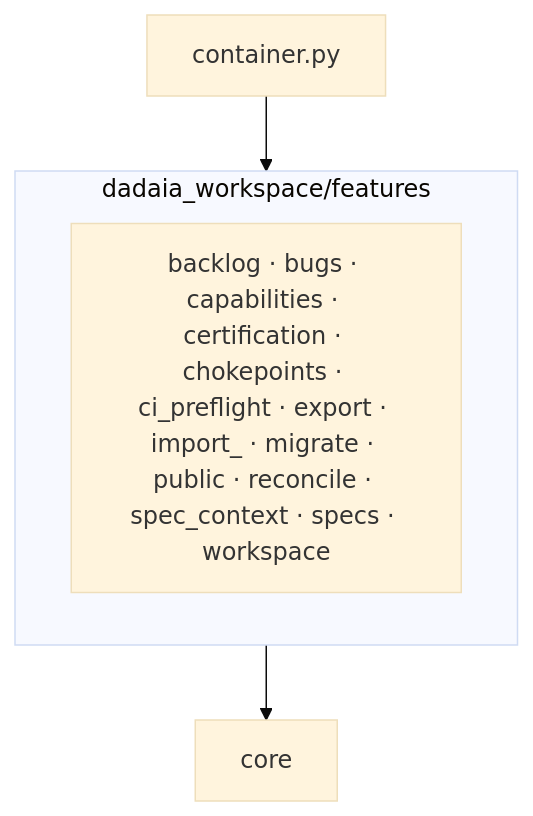
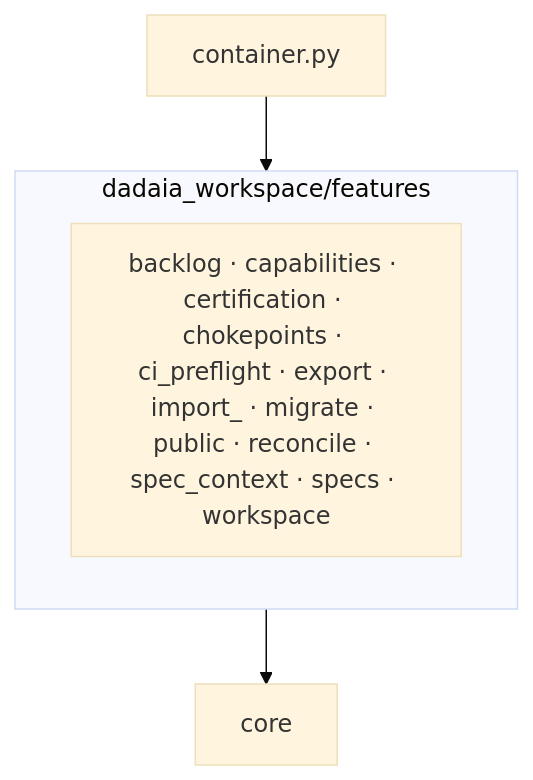
The second of 2 diagrams in specs/memory/ARCHITECTURE.md (marcoaureliomenezes/dadaia-workspace), drawn with Mermaid (base theme) before and after one commit. The commit also changed other lines of this file and 11 other files, not shown here.

Commit message:
docs(memory): 0.4.7 candidate 7 memory pass — ledger verbs are skill scripts in sdd-bug-backlog-governance, workspace-doctor, audits-canon, QUALITY, agent-orchestration and ARCHITECTURE; docs re-derived

````diff
--- a/specs/memory/ARCHITECTURE.md
+++ b/specs/memory/ARCHITECTURE.md
@@ -160,8 +160,8 @@
 ```mermaid
 flowchart TB
     subgraph features["dadaia_workspace/features"]
-      pkgs["backlog · bugs · capabilities · certification · chokepoints · ci_preflight · export · import_ · migrate · public · reconcile · spec_context · specs · workspace"]
+      pkgs["backlog · capabilities · certification · chokepoints · ci_preflight · export · import_ · migrate · public · reconcile · spec_context · specs · workspace"]
     end
     container["container.py"] --> features
     features --> core["core"]
 ```
````
